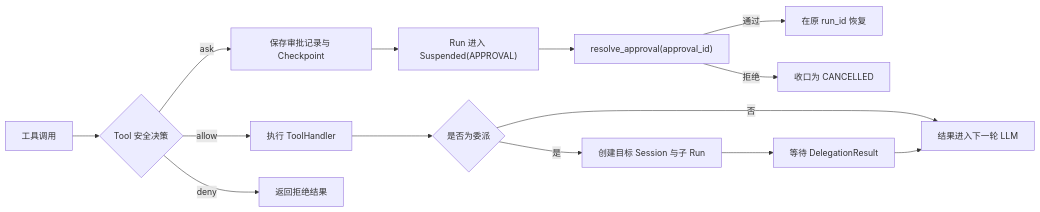
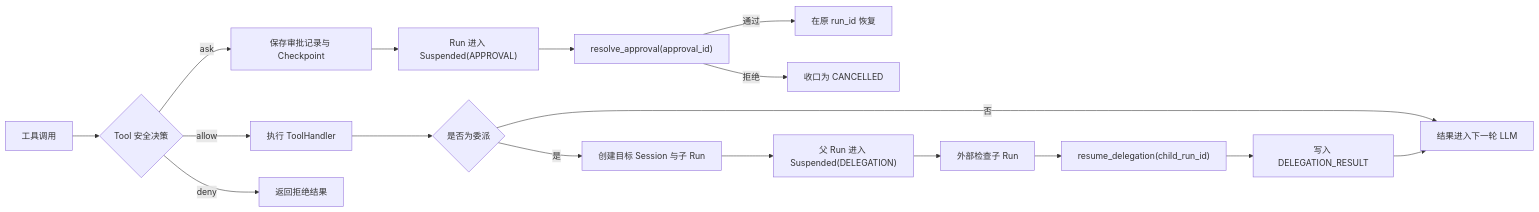
The third of 5 diagrams in docs/wiki/readme.md (aandbcct/dotClaw), drawn with Mermaid before and after one commit. The commit also changed other lines of this file and 12 other files, not shown here.

````diff
--- a/docs/wiki/readme.md
+++ b/docs/wiki/readme.md
@@ -148,18 +148,21 @@
 ```mermaid
 flowchart LR
     ToolCall["工具调用"] --> Decision{"Tool 安全决策"}
     Decision -->|allow| Execute["执行 ToolHandler"]
     Decision -->|ask| Approval["保存审批记录与 Checkpoint"]
     Decision -->|deny| Fail["返回拒绝结果"]
 
     Approval --> Wait["Run 进入 Suspended(APPROVAL)"]
     Wait --> Resolve["resolve_approval(approval_id)"]
     Resolve -->|通过| Resume["在原 run_id 恢复"]
     Resolve -->|拒绝| Cancelled["收口为 CANCELLED"]
 
     Execute --> DelegationCheck{"是否为委派"}
     DelegationCheck -->|否| NextLLM["结果进入下一轮 LLM"]
     DelegationCheck -->|是| Child["创建目标 Session 与子 Run"]
-    Child --> ChildResult["等待 DelegationResult"]
+    Child --> Suspend["父 Run 进入 Suspended(DELEGATION)"]
+    Suspend --> Inspect["外部检查子 Run"]
+    Inspect --> ResumeDelegation["resume_delegation(child_run_id)"]
+    ResumeDelegation --> ChildResult["写入 DELEGATION_RESULT"]
     ChildResult --> NextLLM
 ```
````
